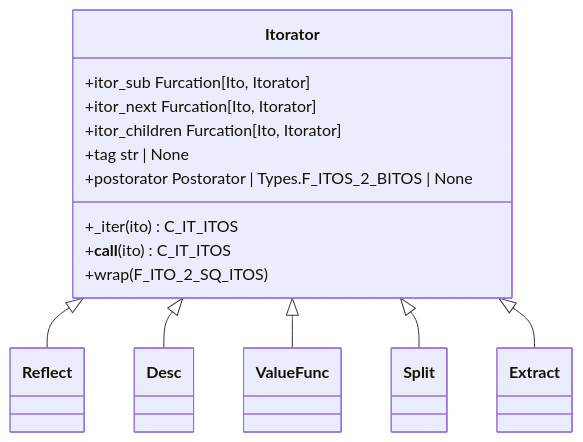
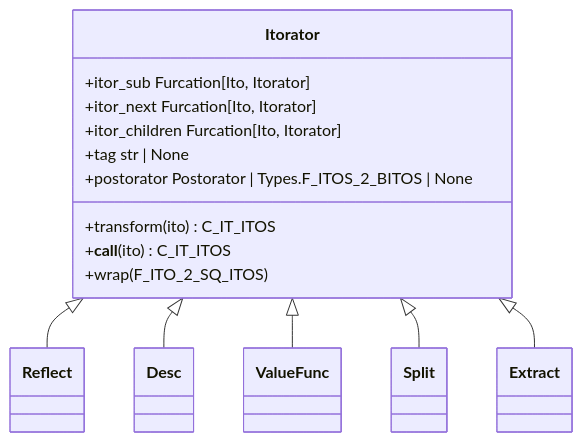
Before and after one commit to rlayers/pawpaw: the first of 11 diagrams in docs/4. Arborform.md, drawn with Mermaid. The commit also changed other lines of this file and 2 other files, not shown here.

Commit message:
._iter →  .transform

````diff
--- a/docs/4. Arborform.md
+++ b/docs/4. Arborform.md
@@ -72,19 +75,19 @@
 ```mermaid
 classDiagram
   class Itorator{
       +itor_sub Furcation[Ito, Itorator]
       +itor_next Furcation[Ito, Itorator]
       +itor_children Furcation[Ito, Itorator]
       +tag str | None
       +postorator Postorator | Types.F_ITOS_2_BITOS | None
-      +_iter(ito) C_IT_ITOS
+      +transform(ito) C_IT_ITOS
       +__call__(ito) C_IT_ITOS
       +wrap(F_ITO_2_SQ_ITOS)
   }
   
   Itorator <|-- Reflect
   Itorator <|-- Desc
   Itorator <|-- ValueFunc
   Itorator <|-- Split
   Itorator <|-- Extract
 ```
````
